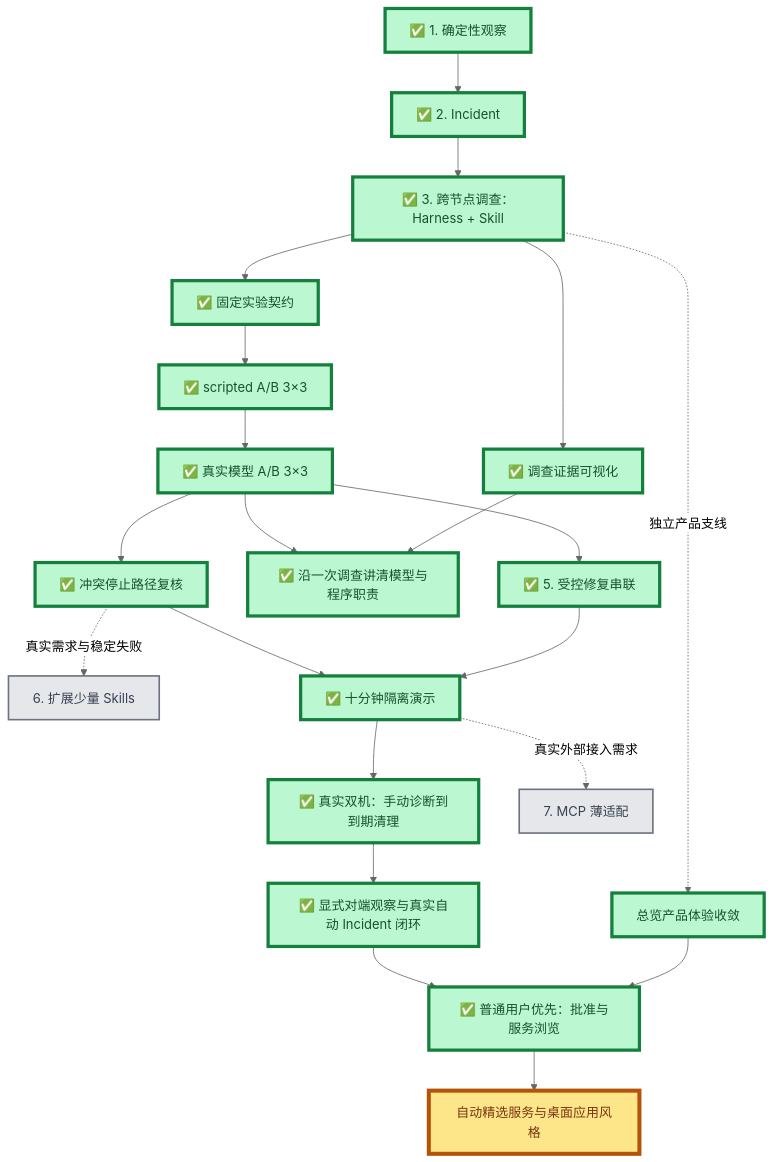
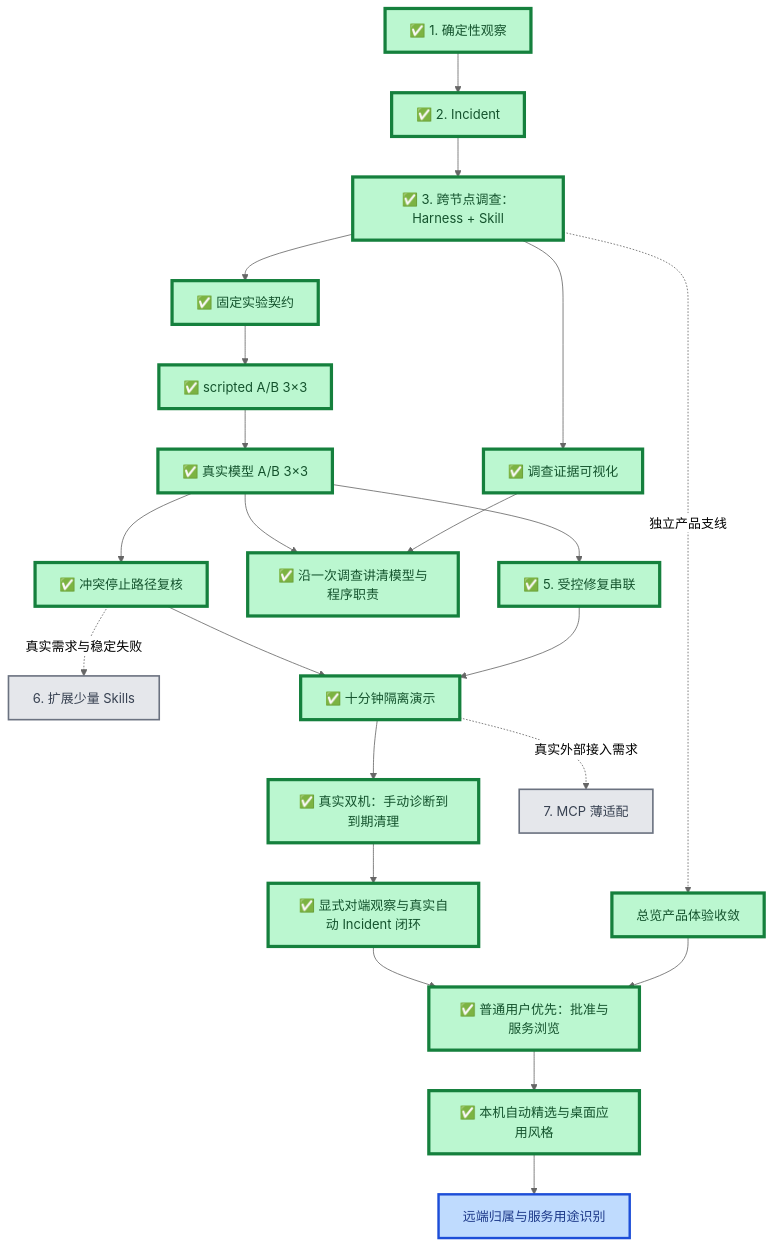
The first of 2 diagrams in docs/project/roadmap.md (Sugarfarmeriod/TunnelMinion), drawn with Mermaid (neutral theme) before and after one commit. The commit also changed other lines of this file and 1 other file, not shown here.

````diff
--- a/docs/project/roadmap.md
+++ b/docs/project/roadmap.md
@@ -8,38 +8,40 @@
 ```mermaid
 flowchart TB
     A["✅ 1. 确定性观察"] --> B["✅ 2. Incident"]
     B --> C["✅ 3. 跨节点调查：Harness + Skill"]
 
     C --> D1["✅ 固定实验契约"]
     D1 --> D2["✅ scripted A/B 3×3"]
     D2 --> D3["✅ 真实模型 A/B 3×3"]
 
     D3 --> E["✅ 5. 受控修复串联"]
     C --> V["✅ 调查证据可视化"]
     V --> W["✅ 沿一次调查讲清模型与程序职责"]
     D3 --> W
     D3 --> F["✅ 冲突停止路径复核"]
     F -.真实需求与稳定失败.-> K["6. 扩展少量 Skills"]
     E --> H["✅ 十分钟隔离演示"]
     F --> H
     H --> R["✅ 真实双机：手动诊断到到期清理"]
     R --> I["✅ 显式对端观察与真实自动 Incident 闭环"]
     H -.真实外部接入需求.-> G["7. MCP 薄适配"]
 
     C -.独立产品支线.-> U["总览产品体验收敛"]
     U --> P["✅ 普通用户优先：批准与服务浏览"]
     I --> P
-    P --> Q["自动精选服务与桌面应用风格"]
+    P --> Q["✅ 本机自动精选与桌面应用风格"]
+    Q --> Q2["远端归属与服务用途识别"]
 
     classDef done fill:#bbf7d0,stroke:#15803d,stroke-width:4px,color:#14532d;
     classDef current fill:#fde68a,stroke:#b45309,stroke-width:5px,color:#78350f;
     classDef next fill:#bfdbfe,stroke:#1d4ed8,stroke-width:3px,color:#1e3a8a;
     classDef later fill:#e5e7eb,stroke:#6b7280,stroke-width:2px,color:#374151;
     class A,B,C,D1,D2,D3,E,F,H,R,V done;
     class U done;
     class W done;
     class I done;
     class G,K later;
     class P done;
-    class Q current;
+    class Q done;
+    class Q2 next;
 ```
````
